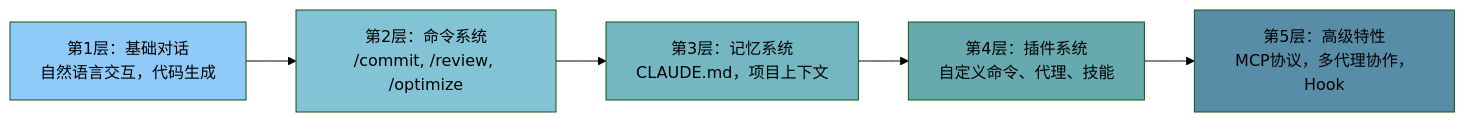
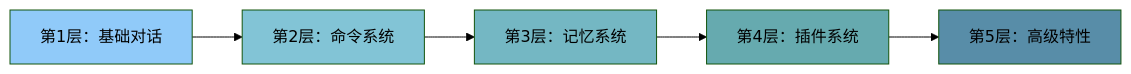
The fifth of 9 diagrams in 01-project-overview.md (haorenlei457/claudecode-book), drawn with Mermaid (forest theme) before and after one commit. The commit also changed other lines of this file and 4 other files, not shown here.

First line of the commit message:
docs: 图文并茂 - 深度优化核心模块

````diff
--- a/01-project-overview.md
+++ b/01-project-overview.md
@@ -222,13 +503,13 @@
 ```mermaid
 graph LR
-    A[第1层：基础对话<br/>自然语言交互，代码生成] --> B[第2层：命令系统<br/>/commit, /review, /optimize]
-    B --> C[第3层：记忆系统<br/>CLAUDE.md，项目上下文]
-    C --> D[第4层：插件系统<br/>自定义命令、代理、技能]
-    D --> E[第5层：高级特性<br/>MCP协议，多代理协作，Hook]
-
+    A[第1层：基础对话] --> B[第2层：命令系统]
+    B --> C[第3层：记忆系统]
+    C --> D[第4层：插件系统]
+    D --> E[第5层：高级特性]
+    
     style A fill:#90CAF9
     style B fill:#82C4D6
     style C fill:#74B7C3
     style D fill:#66AAAF
     style E fill:#588DA8
 ```
````
